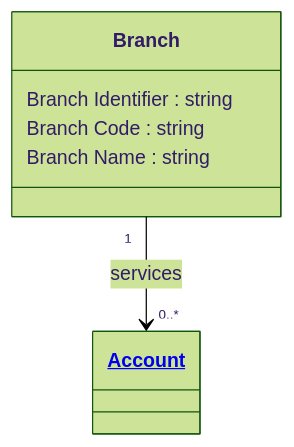
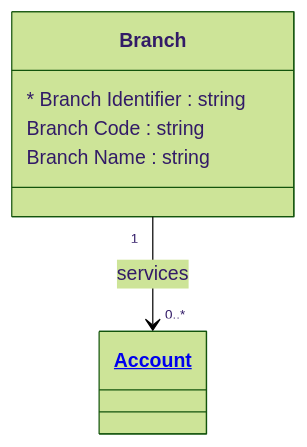
The diagram in examples/Financial Crime/entities/branch.md (Semprini/md-ddl), drawn with Mermaid (forest theme) before and after one commit. The commit also changed 60 other files, not shown here.

````diff
--- a/examples/Financial Crime/entities/branch.md
+++ b/examples/Financial Crime/entities/branch.md
@@ -9,16 +9,16 @@
 ```mermaid
 ---
 config:
   layout: elk
 ---
 classDiagram
   class Branch{
-    Branch Identifier : string
+    * Branch Identifier : string
     Branch Code : string
     Branch Name : string
   }
 
   Branch "1" --> "0..*" Account : services
 
   class Account["<a href='account.md'>Account</a>"]
 ```
````
